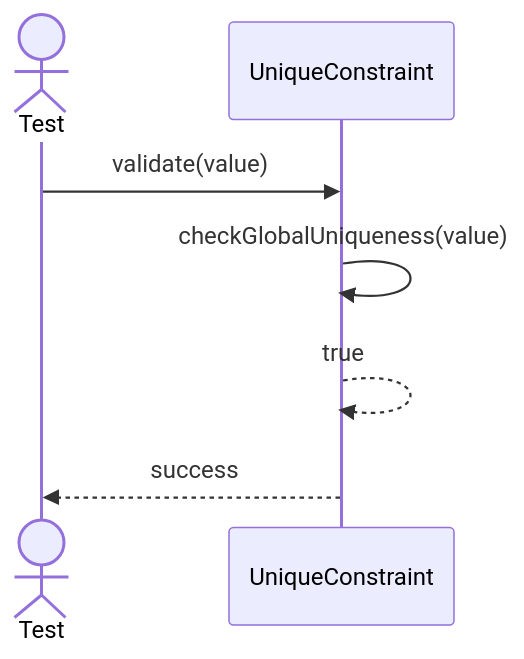
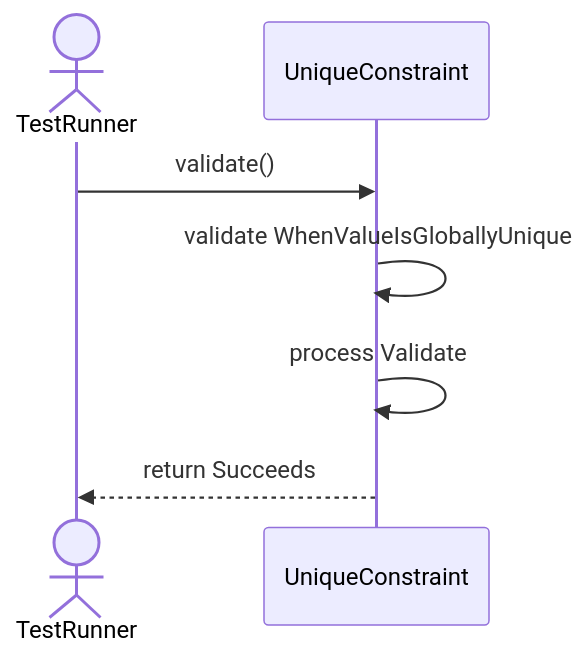
One commit to TamBui1706/DBMS changed the first of 3 diagrams in Sequences/DatabaseObjectManagement/UniqueConstraint.md. Above: the diagram before and after it, drawn with Mermaid. The commit also changed other lines of this file and 63 other files, not shown here.

Commit message:
Draw sequence diagram for unit tests

````diff
--- a/Sequences/DatabaseObjectManagement/UniqueConstraint.md
+++ b/Sequences/DatabaseObjectManagement/UniqueConstraint.md
@@ -14,10 +14,9 @@
 ```mermaid
 sequenceDiagram
-    actor Test
+    actor TestRunner
     participant UniqueConstraint
-
-    Test->>UniqueConstraint: validate(value)
-    UniqueConstraint->>UniqueConstraint: checkGlobalUniqueness(value)
-    UniqueConstraint-->>UniqueConstraint: true
-    UniqueConstraint-->>Test: success
+    TestRunner->>UniqueConstraint: validate()
+    UniqueConstraint->>UniqueConstraint: validate WhenValueIsGloballyUnique
+    UniqueConstraint->>UniqueConstraint: process Validate
+    UniqueConstraint-->>TestRunner: return Succeeds
 ```
````
